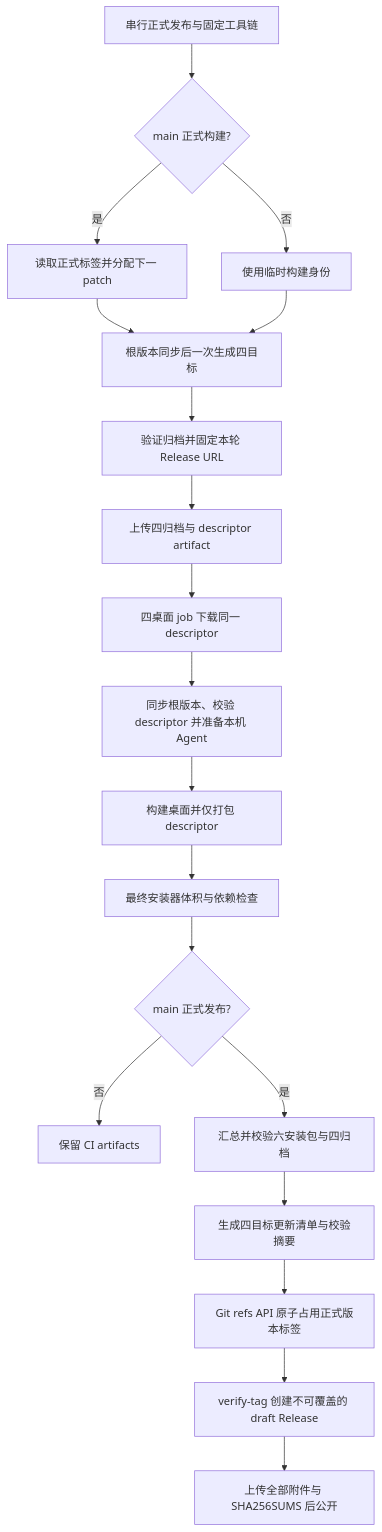
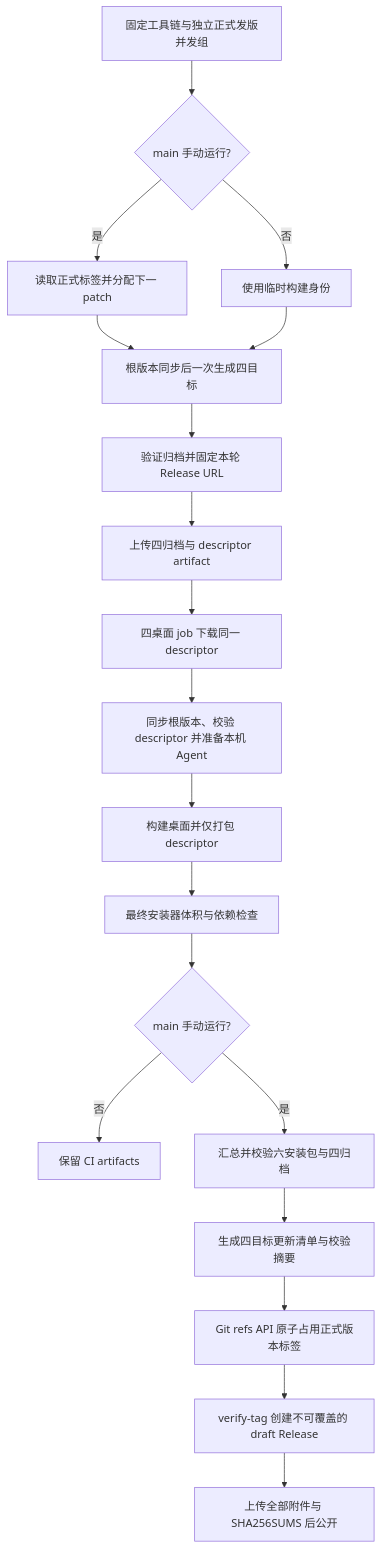
The diagram in docs/desktop/github-release-packaging-spec.md (OpenX123/ZCode), drawn with Mermaid before and after one commit. The commit also changed other lines of this file and 5 other files, not shown here.

````diff
--- a/docs/desktop/github-release-packaging-spec.md
+++ b/docs/desktop/github-release-packaging-spec.md
@@ -30,21 +30,21 @@
 ```mermaid
 flowchart TD
-    A[串行正式发布与固定工具链] --> A1{main 正式构建?}
+    A[固定工具链与独立正式发版并发组] --> A1{main 手动运行?}
     A1 -- 是 --> A2[读取正式标签并分配下一 patch]
     A1 -- 否 --> A3[使用临时构建身份]
     A2 --> B[根版本同步后一次生成四目标]
     A3 --> B
     B --> C[验证归档并固定本轮 Release URL]
     C --> D[上传四归档与 descriptor artifact]
     D --> E[四桌面 job 下载同一 descriptor]
     E --> F[同步根版本、校验 descriptor 并准备本机 Agent]
     F --> G[构建桌面并仅打包 descriptor]
     G --> H[最终安装器体积与依赖检查]
-    H --> I{main 正式发布?}
+    H --> I{main 手动运行?}
     I -- 否 --> J[保留 CI artifacts]
     I -- 是 --> K[汇总并校验六安装包与四归档]
     K --> K1[生成四目标更新清单与校验摘要]
     K1 --> K2[Git refs API 原子占用正式版本标签]
     K2 --> L[verify-tag 创建不可覆盖的 draft Release]
     L --> M[上传全部附件与 SHA256SUMS 后公开]
 ```
````
